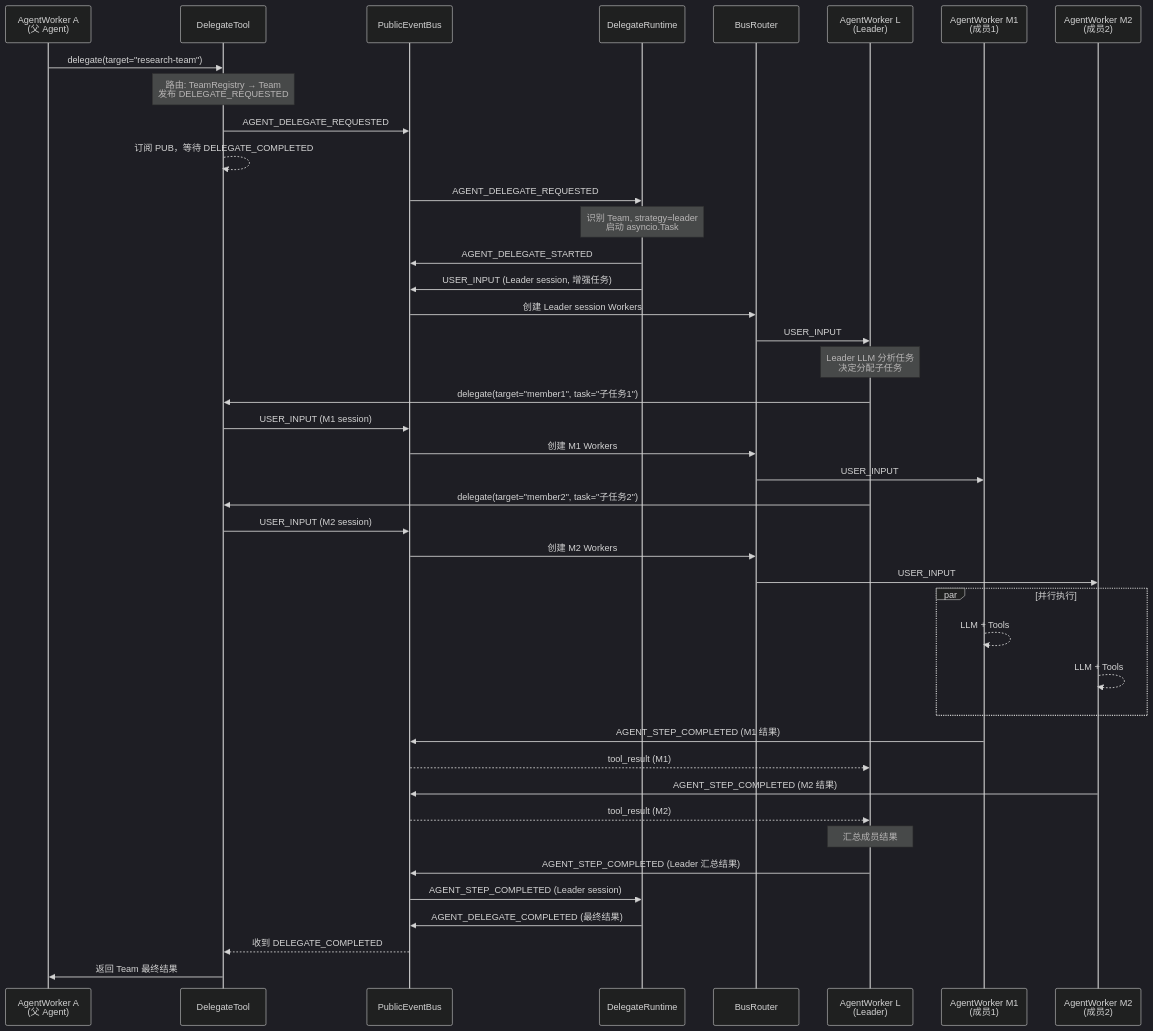
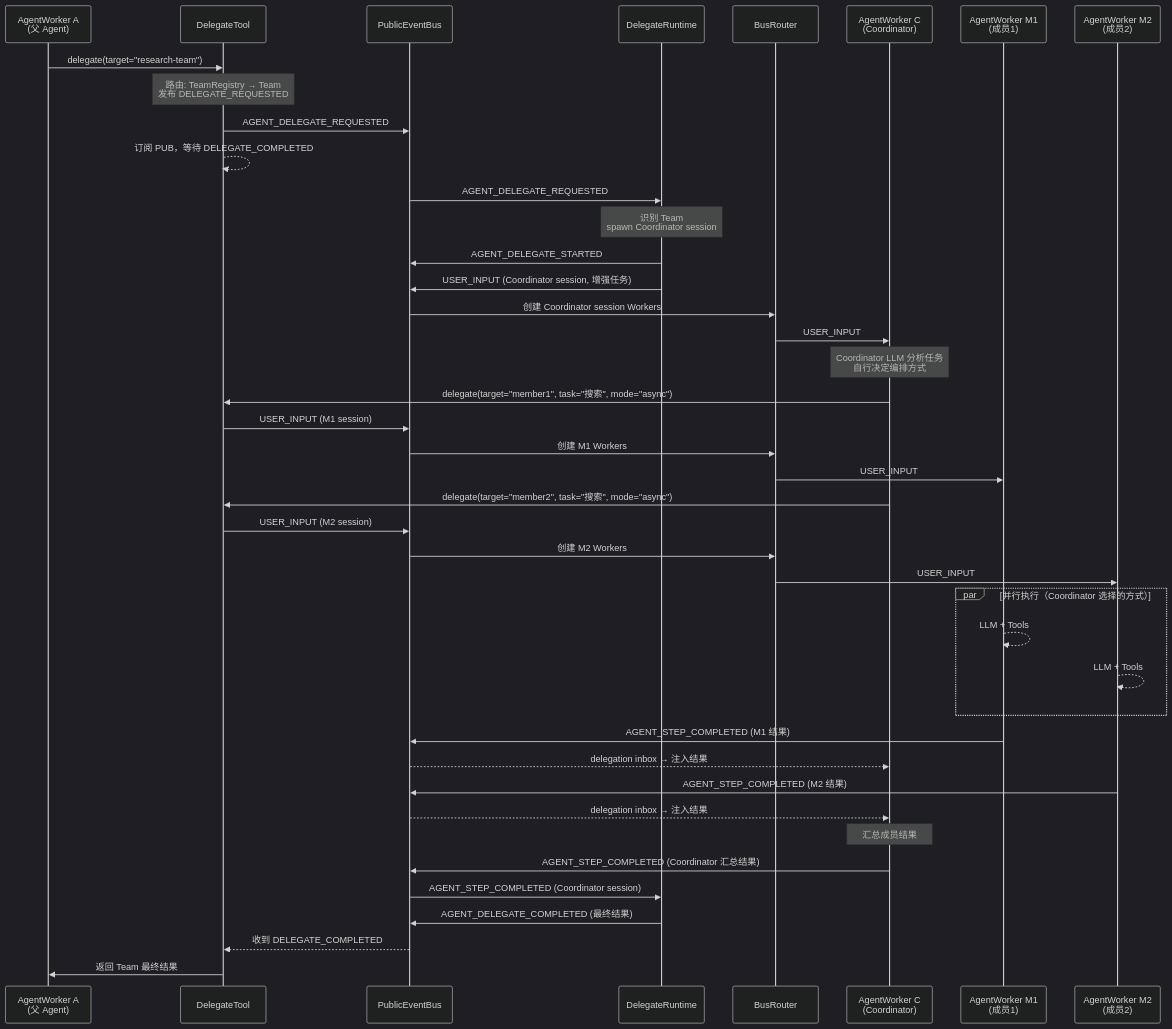
One commit to SenseTime-FVG/sensenova-claw changed the fourth of 6 diagrams in docs/architecture/multi-agent-team-diagrams.md. Above: the diagram before and after it, drawn with Mermaid (dark theme). The commit also changed other lines of this file and 1 other file, not shown here.

First line of the commit message:
docs: unify team delegation to single Coordinator model

````diff
--- a/docs/architecture/multi-agent-team-diagrams.md
+++ b/docs/architecture/multi-agent-team-diagrams.md
@@ -216,58 +237,58 @@
 ```mermaid
 sequenceDiagram
     participant AW_A as AgentWorker A<br/>(父 Agent)
     participant DT as DelegateTool
     participant PUB as PublicEventBus
     participant DR as DelegateRuntime
     participant BR as BusRouter
-    participant AW_L as AgentWorker L<br/>(Leader)
+    participant AW_C as AgentWorker C<br/>(Coordinator)
     participant AW_M1 as AgentWorker M1<br/>(成员1)
     participant AW_M2 as AgentWorker M2<br/>(成员2)
 
     AW_A->>DT: delegate(target="research-team")
     Note over DT: 路由: TeamRegistry → Team<br/>发布 DELEGATE_REQUESTED
 
     DT->>PUB: AGENT_DELEGATE_REQUESTED
     DT-->>DT: 订阅 PUB，等待 DELEGATE_COMPLETED
 
     PUB->>DR: AGENT_DELEGATE_REQUESTED
-    Note over DR: 识别 Team, strategy=leader<br/>启动 asyncio.Task
+    Note over DR: 识别 Team<br/>spawn Coordinator session
 
     DR->>PUB: AGENT_DELEGATE_STARTED
-    DR->>PUB: USER_INPUT (Leader session, 增强任务)
-    PUB->>BR: 创建 Leader session Workers
-    BR->>AW_L: USER_INPUT
+    DR->>PUB: USER_INPUT (Coordinator session, 增强任务)
+    PUB->>BR: 创建 Coordinator session Workers
+    BR->>AW_C: USER_INPUT
 
-    Note over AW_L: Leader LLM 分析任务<br/>决定分配子任务
+    Note over AW_C: Coordinator LLM 分析任务<br/>自行决定编排方式
 
-    AW_L->>DT: delegate(target="member1", task="子任务1")
+    AW_C->>DT: delegate(target="member1", task="搜索", mode="async")
     DT->>PUB: USER_INPUT (M1 session)
     PUB->>BR: 创建 M1 Workers
     BR->>AW_M1: USER_INPUT
 
-    AW_L->>DT: delegate(target="member2", task="子任务2")
+    AW_C->>DT: delegate(target="member2", task="搜索", mode="async")
     DT->>PUB: USER_INPUT (M2 session)
     PUB->>BR: 创建 M2 Workers
     BR->>AW_M2: USER_INPUT
 
-    par 并行执行
+    par 并行执行（Coordinator 选择的方式）
         AW_M1-->>AW_M1: LLM + Tools
         AW_M2-->>AW_M2: LLM + Tools
     end
 
     AW_M1->>PUB: AGENT_STEP_COMPLETED (M1 结果)
-    PUB-->>AW_L: tool_result (M1)
+    PUB-->>AW_C: delegation inbox → 注入结果
 
     AW_M2->>PUB: AGENT_STEP_COMPLETED (M2 结果)
-    PUB-->>AW_L: tool_result (M2)
+    PUB-->>AW_C: delegation inbox → 注入结果
 
-    Note over AW_L: 汇总成员结果
+    Note over AW_C: 汇总成员结果
 
-    AW_L->>PUB: AGENT_STEP_COMPLETED (Leader 汇总结果)
+    AW_C->>PUB: AGENT_STEP_COMPLETED (Coordinator 汇总结果)
 
-    PUB->>DR: AGENT_STEP_COMPLETED (Leader session)
+    PUB->>DR: AGENT_STEP_COMPLETED (Coordinator session)
     DR->>PUB: AGENT_DELEGATE_COMPLETED (最终结果)
 
     PUB-->>DT: 收到 DELEGATE_COMPLETED
     DT->>AW_A: 返回 Team 最终结果
 ```
````
